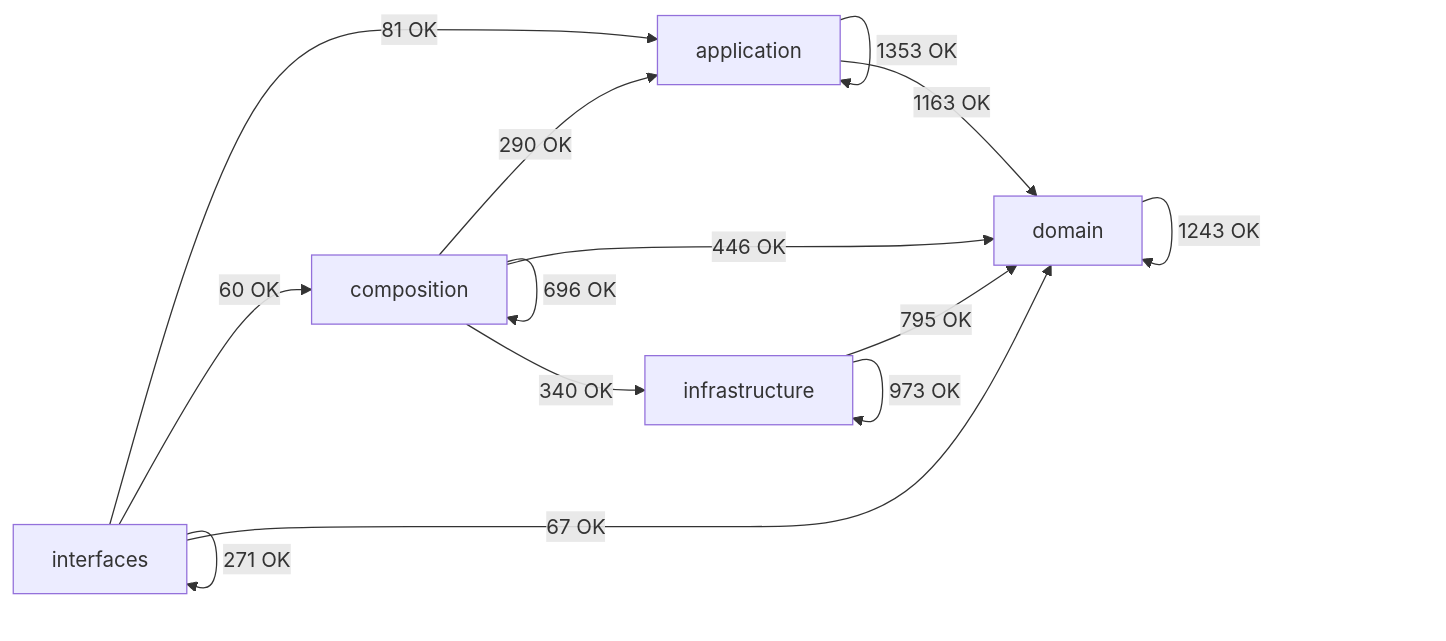
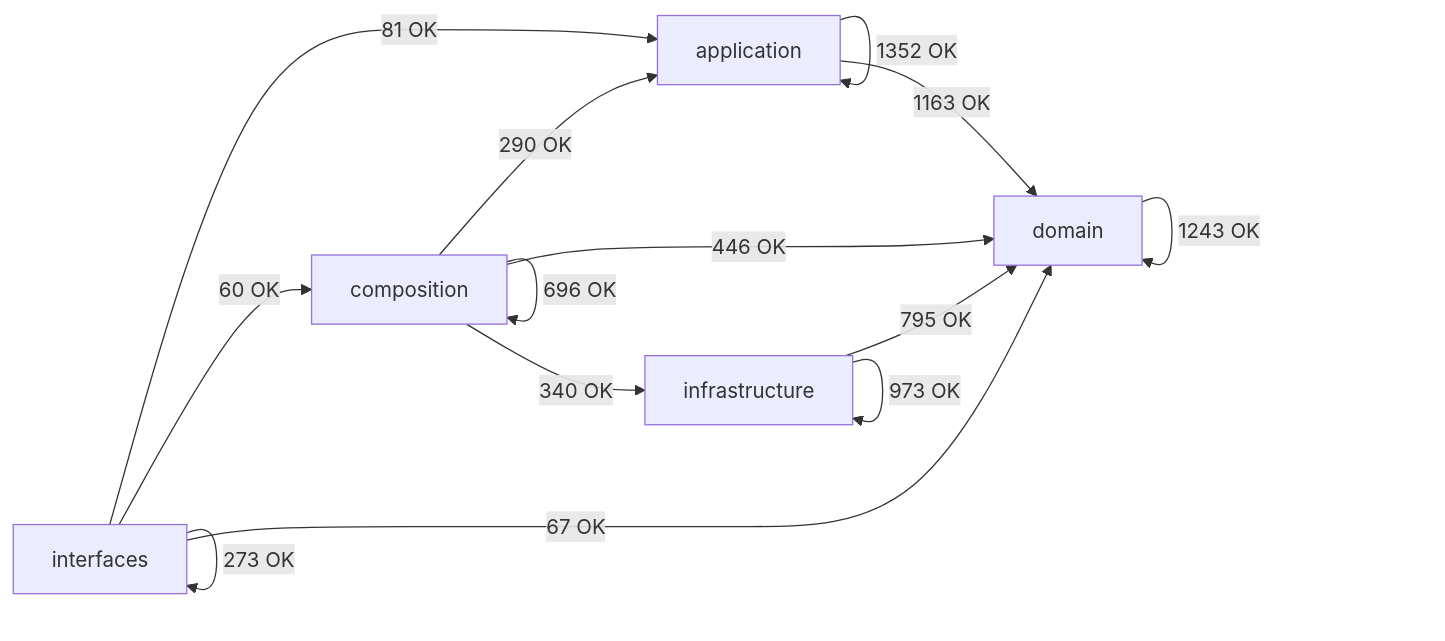
One commit to SatoryKono/BioactivityDataAcquisition changed the diagram in docs/02-architecture/generated/module-dependency-map.md. Above: the diagram before and after it, drawn with Mermaid. The commit also changed other lines of this file and 143 other files, not shown here.

````diff
--- a/docs/02-architecture/generated/module-dependency-map.md
+++ b/docs/02-architecture/generated/module-dependency-map.md
@@ -17,21 +17,21 @@
 ```mermaid
 flowchart LR
     domain[domain]
     application[application]
     infrastructure[infrastructure]
     composition[composition]
     interfaces[interfaces]
-    application -->|1353 OK| application
+    application -->|1352 OK| application
     application -->|1163 OK| domain
     composition -->|290 OK| application
     composition -->|696 OK| composition
     composition -->|446 OK| domain
     composition -->|340 OK| infrastructure
     domain -->|1243 OK| domain
     infrastructure -->|795 OK| domain
     infrastructure -->|973 OK| infrastructure
     interfaces -->|81 OK| application
     interfaces -->|60 OK| composition
     interfaces -->|67 OK| domain
-    interfaces -->|271 OK| interfaces
+    interfaces -->|273 OK| interfaces
 ```
````
